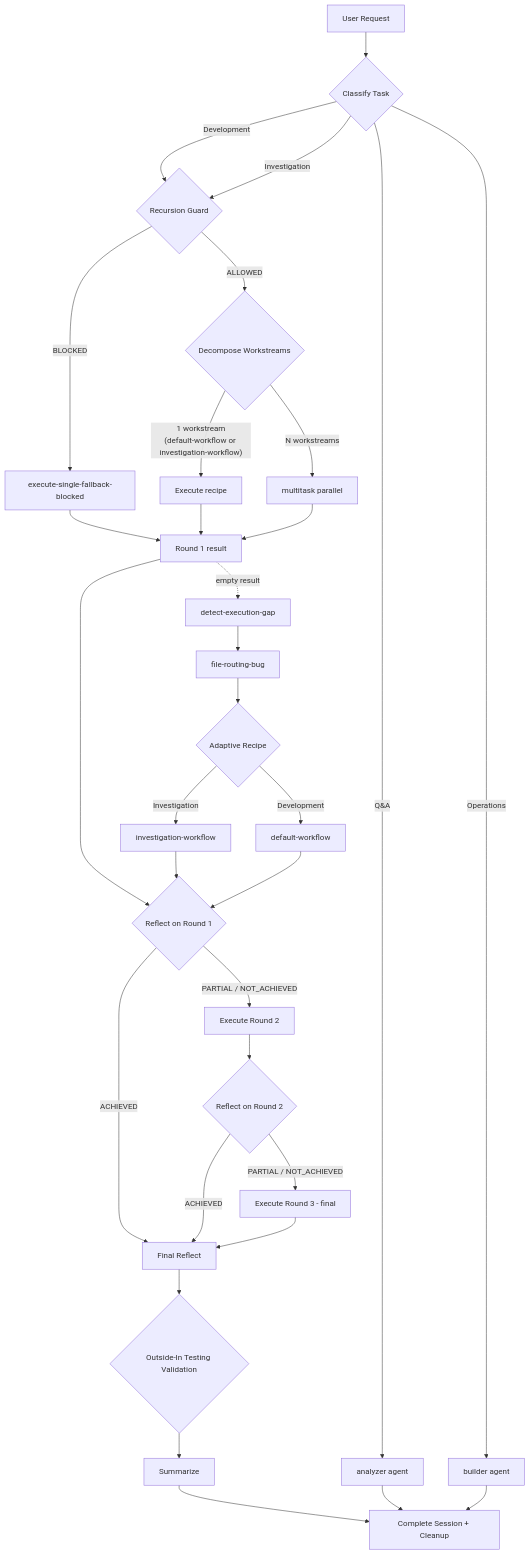
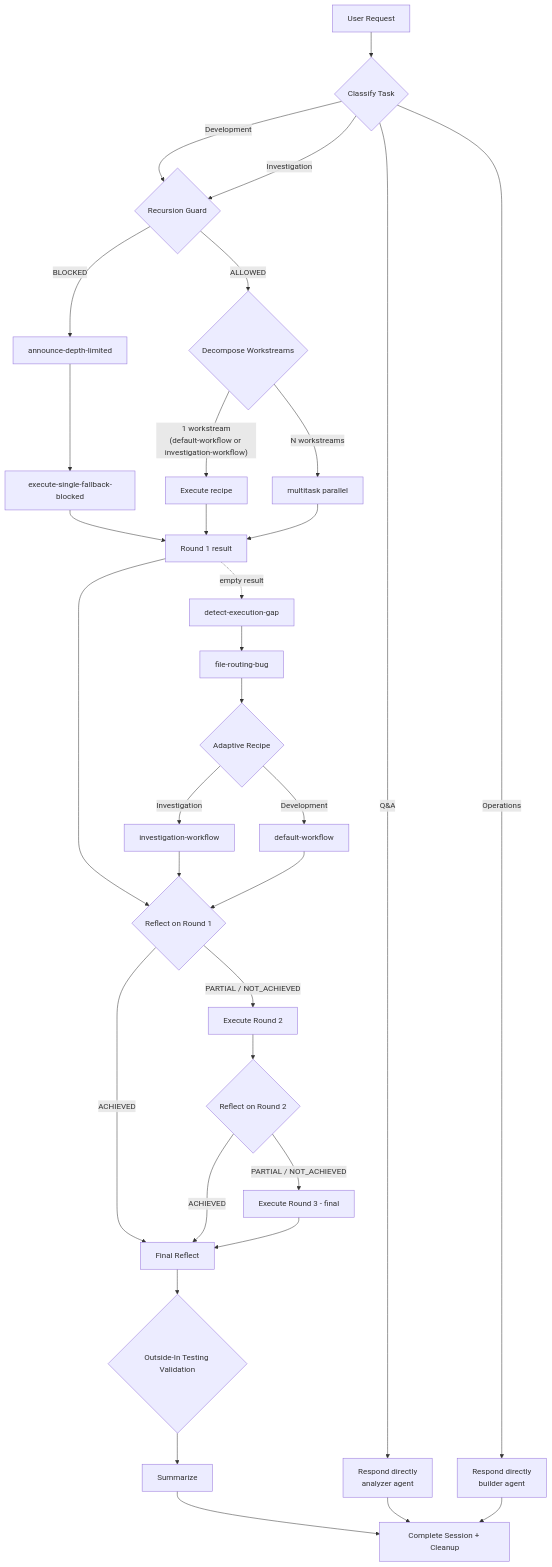
One commit to rysweet/amplihack changed the diagram in .claude/skills/dev-orchestrator/SKILL.md. Above: the diagram before and after it, drawn with Mermaid. The commit also changed 3 other files, not shown here.

````diff
--- a/.claude/skills/dev-orchestrator/SKILL.md
+++ b/.claude/skills/dev-orchestrator/SKILL.md
@@ -28,40 +28,41 @@
 ```mermaid
 flowchart TD
     A[User Request] --> B{Classify Task}
-    B -->|Q&A| C[analyzer agent]
-    B -->|Operations| D[builder agent]
+    B -->|Q&A| C[Respond directly<br/>analyzer agent]
+    B -->|Operations| D[Respond directly<br/>builder agent]
     B -->|Development| E{Recursion Guard}
     B -->|Investigation| E
 
-    E -->|BLOCKED| G[execute-single-fallback-blocked]
+    E -->|BLOCKED| ANNOUNCE[announce-depth-limited]
+    ANNOUNCE --> G[execute-single-fallback-blocked]
     G --> R1[Round 1 result]
 
     E -->|ALLOWED| H{Decompose Workstreams}
     H -->|"1 workstream<br/>(default-workflow or investigation-workflow)"| I[Execute recipe]
     H -->|N workstreams| J[multitask parallel]
     I --> R1
     J --> R1
 
     R1 --> REFLECT{Reflect on Round 1}
     REFLECT -->|ACHIEVED| REFLECT_FINAL
     REFLECT -->|PARTIAL / NOT_ACHIEVED| K[Execute Round 2]
     K --> REFLECT2{Reflect on Round 2}
     REFLECT2 -->|ACHIEVED| REFLECT_FINAL
     REFLECT2 -->|PARTIAL / NOT_ACHIEVED| L[Execute Round 3 - final]
     L --> REFLECT_FINAL[Final Reflect]
     REFLECT_FINAL --> VAL{Outside-In Testing Validation}
     VAL --> SUM[Summarize]
     SUM --> DONE[Complete Session + Cleanup]
 
     %% Adaptive error recovery path
     R1 -.->|empty result| DET[detect-execution-gap]
     DET --> FILE_BUG[file-routing-bug]
     FILE_BUG --> ADAPT{Adaptive Recipe}
     ADAPT -->|Investigation| INV_RECIPE[investigation-workflow]
     ADAPT -->|Development| DEV_RECIPE[default-workflow]
     INV_RECIPE --> REFLECT
     DEV_RECIPE --> REFLECT
 
     C --> DONE
     D --> DONE
 ```
````
